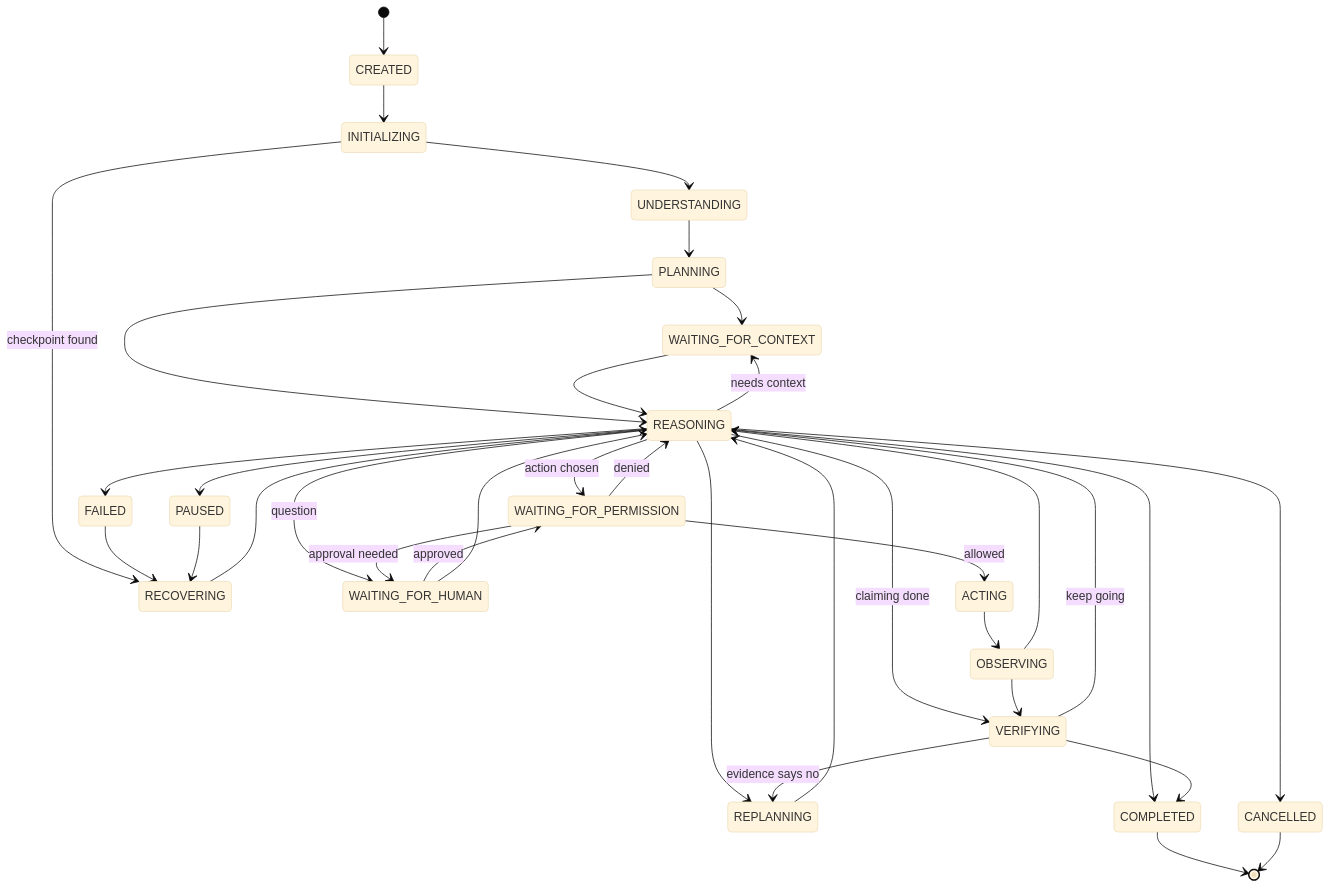
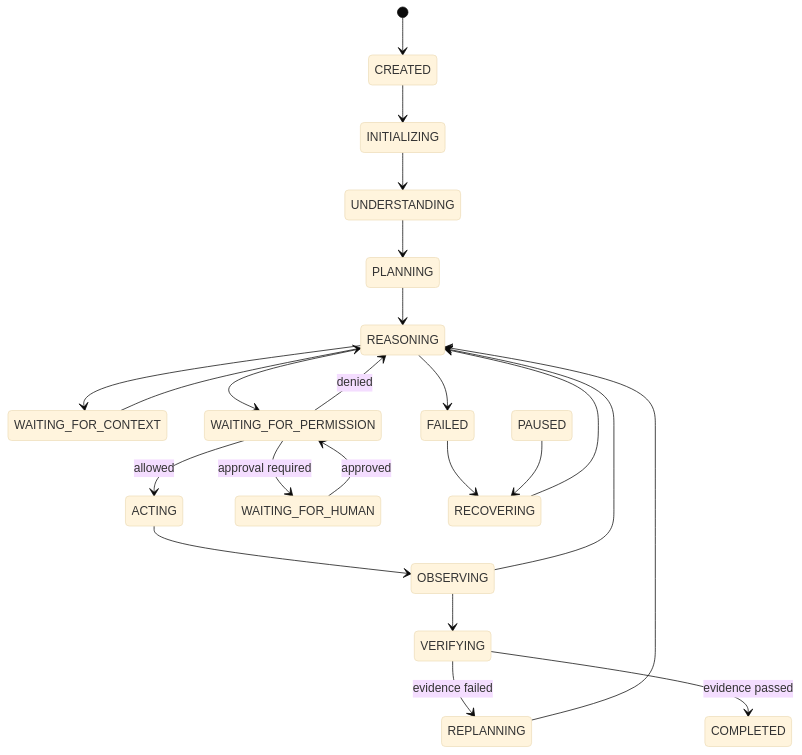
The diagram in docs/learn/08-agent-loops.md (balureddy003/Naro), drawn with Mermaid (base theme) before and after one commit. The commit also changed other lines of this file and 52 other files, not shown here.

````diff
--- a/docs/learn/08-agent-loops.md
+++ b/docs/learn/08-agent-loops.md
@@ -20,37 +23,25 @@
 ```mermaid
 stateDiagram-v2
     [*] --> CREATED
     CREATED --> INITIALIZING
     INITIALIZING --> UNDERSTANDING
-    INITIALIZING --> RECOVERING : checkpoint found
     UNDERSTANDING --> PLANNING
-    PLANNING --> WAITING_FOR_CONTEXT
     PLANNING --> REASONING
+    REASONING --> WAITING_FOR_CONTEXT
     WAITING_FOR_CONTEXT --> REASONING
-    REASONING --> WAITING_FOR_PERMISSION : action chosen
-    REASONING --> WAITING_FOR_CONTEXT : needs context
-    REASONING --> WAITING_FOR_HUMAN : question
-    REASONING --> VERIFYING : claiming done
-    REASONING --> REPLANNING
-    REASONING --> COMPLETED
-    WAITING_FOR_PERMISSION --> ACTING : allowed
-    WAITING_FOR_PERMISSION --> WAITING_FOR_HUMAN : approval needed
-    WAITING_FOR_PERMISSION --> REASONING : denied
-    WAITING_FOR_HUMAN --> WAITING_FOR_PERMISSION : approved
-    WAITING_FOR_HUMAN --> REASONING
+    REASONING --> WAITING_FOR_PERMISSION
+    WAITING_FOR_PERMISSION --> ACTING: allowed
+    WAITING_FOR_PERMISSION --> REASONING: denied
+    WAITING_FOR_PERMISSION --> WAITING_FOR_HUMAN: approval required
+    WAITING_FOR_HUMAN --> WAITING_FOR_PERMISSION: approved
     ACTING --> OBSERVING
     OBSERVING --> VERIFYING
     OBSERVING --> REASONING
-    VERIFYING --> REASONING : keep going
-    VERIFYING --> REPLANNING : evidence says no
-    VERIFYING --> COMPLETED
+    VERIFYING --> REPLANNING: evidence failed
     REPLANNING --> REASONING
+    VERIFYING --> COMPLETED: evidence passed
     REASONING --> FAILED
     FAILED --> RECOVERING
     PAUSED --> RECOVERING
     RECOVERING --> REASONING
-    REASONING --> PAUSED
-    REASONING --> CANCELLED
-    COMPLETED --> [*]
-    CANCELLED --> [*]
 ```
````
